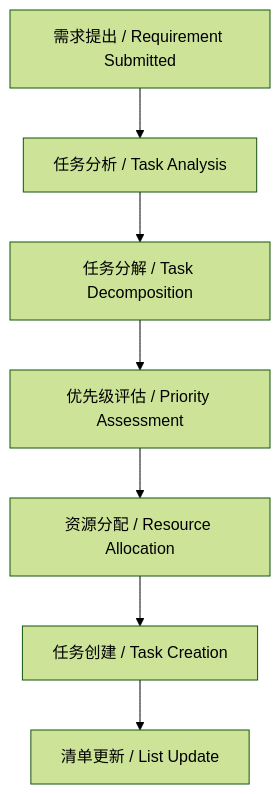
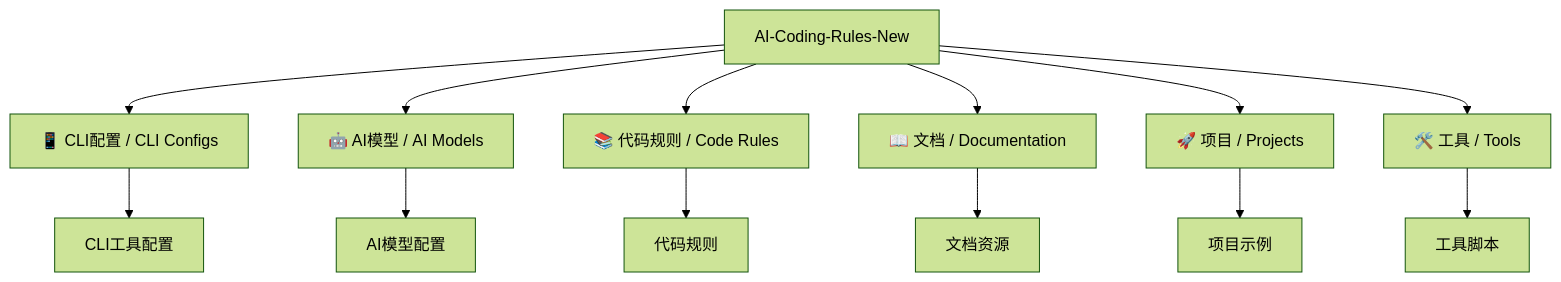
The first of 2 diagrams in README.md (henrry179/analysis_report_system), drawn with Mermaid (forest theme) before and after one commit. The commit also changed other lines of this file and 1578 other files, not shown here.

First line of the commit message:
优化AI-Coding-rules项目结构：移除所有非AI内容，创建AI-Coding-Rules-New模块化结构

````diff
--- a/README.md
+++ b/README.md
@@ -262,9 +19,16 @@
 ```mermaid
 graph TD
-    A[需求提出 / Requirement Submitted] --> B[任务分析 / Task Analysis]
-    B --> C[任务分解 / Task Decomposition]
-    C --> D[优先级评估 / Priority Assessment]
-    D --> E[资源分配 / Resource Allocation]
-    E --> F[任务创建 / Task Creation]
-    F --> G[清单更新 / List Update]
+    A[AI-Coding-Rules-New] --> B[📱 CLI配置 / CLI Configs]
+    A --> C[🤖 AI模型 / AI Models]
+    A --> D[📚 代码规则 / Code Rules]
+    A --> E[📖 文档 / Documentation]
+    A --> F[🚀 项目 / Projects]
+    A --> G[🛠️ 工具 / Tools]
+
+    B --> B1[CLI工具配置]
+    C --> C1[AI模型配置]
+    D --> D1[代码规则]
+    E --> E1[文档资源]
+    F --> F1[项目示例]
+    G --> G1[工具脚本]
 ```
````
